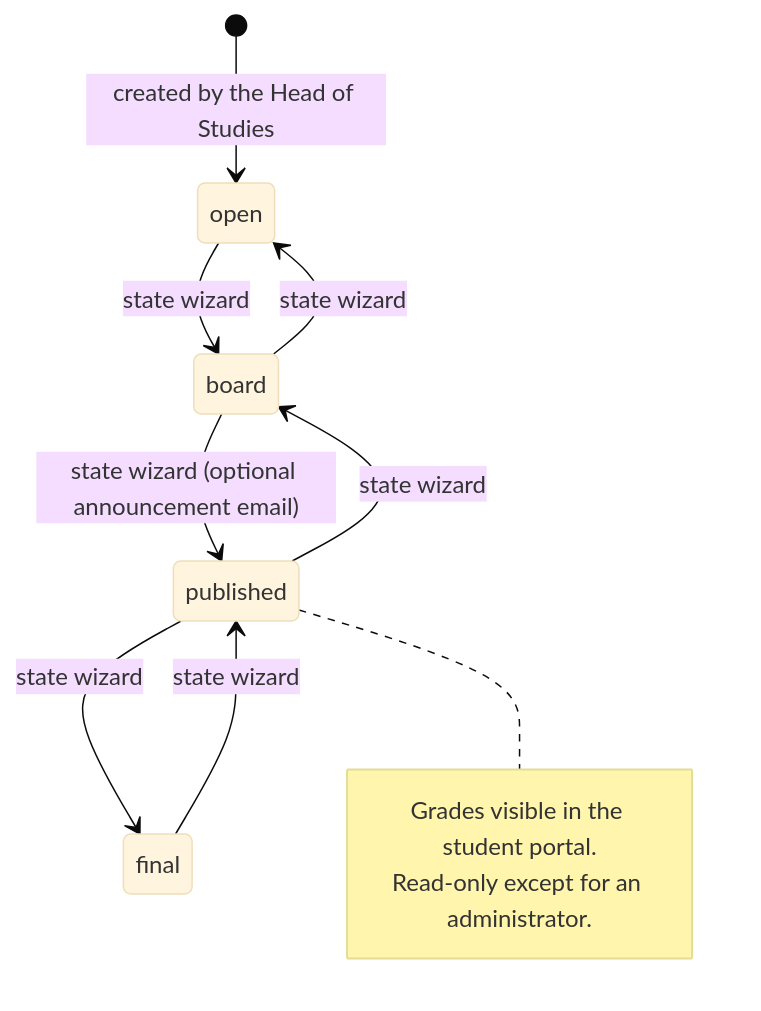
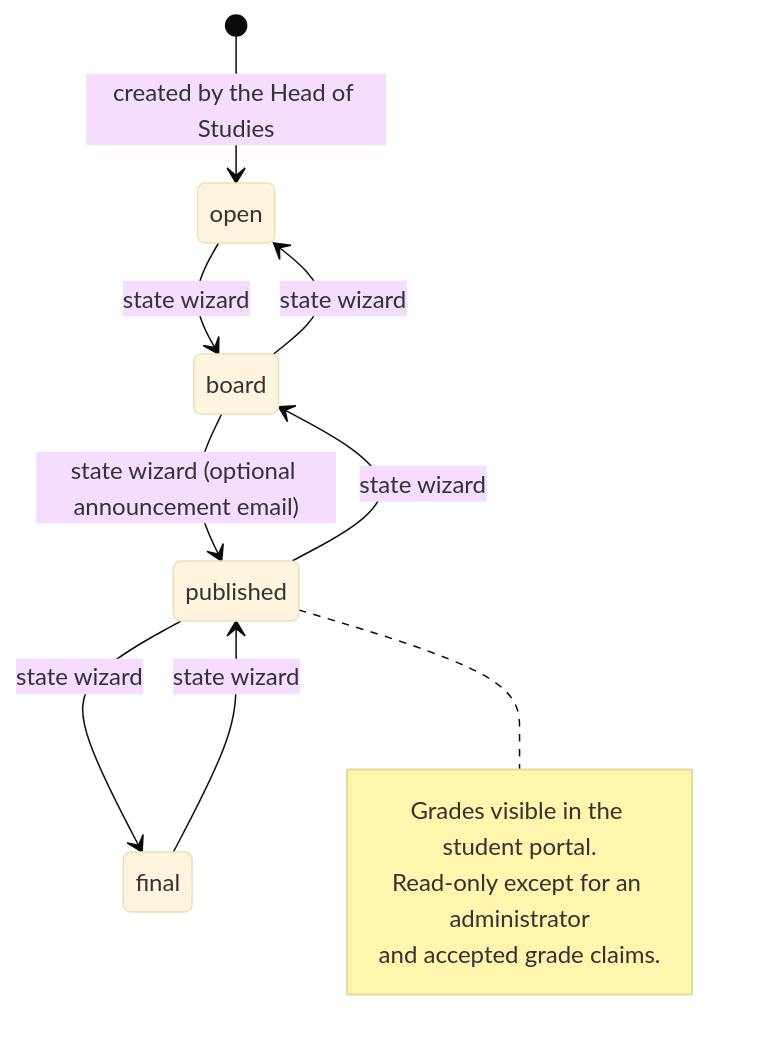
One commit to ElPuig/EMS changed the fifth of 5 diagrams in docs/en/developers/grades/grade_session.md. Above: the diagram before and after it, drawn with Mermaid (base theme). The commit also changed other lines of this file and 42 other files, not shown here.

Commit message:
Grade claims from the portal: teacher, then tutor, Head of Studies mediation, denial reasons catalog (#879). Closes #879

````diff
--- a/docs/en/developers/grades/grade_session.md
+++ b/docs/en/developers/grades/grade_session.md
@@ -205,14 +205,15 @@
 ```mermaid
 stateDiagram-v2
     [*] --> open: created by the Head of Studies
     open --> board: state wizard
     board --> open: state wizard
     board --> published: state wizard (optional announcement email)
     published --> board: state wizard
     published --> final: state wizard
     final --> published: state wizard
     note right of published
         Grades visible in the student portal.
-        Read-only except for an administrator.
+        Read-only except for an administrator
+        and accepted grade claims.
     end note
 ```
````
